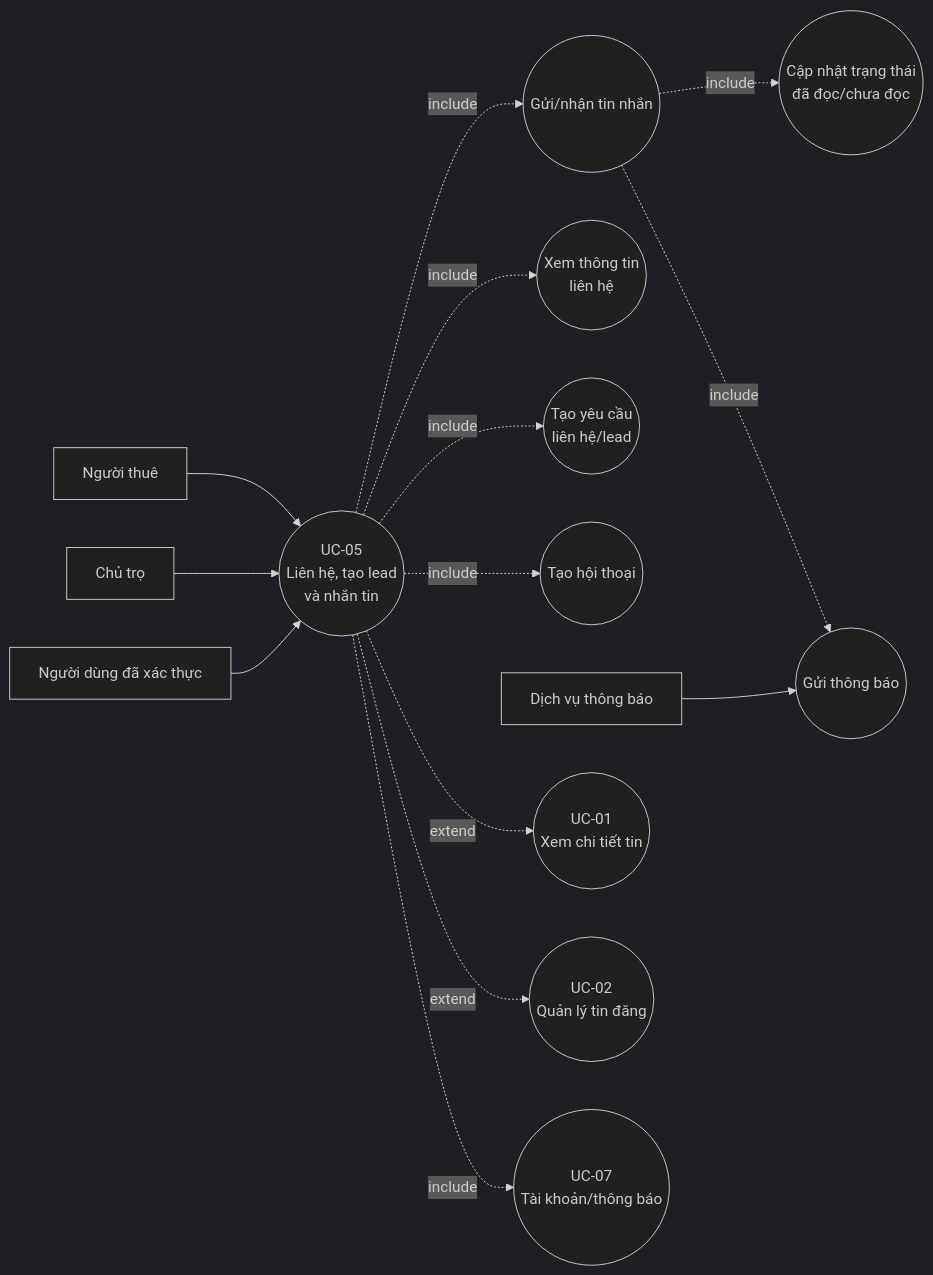
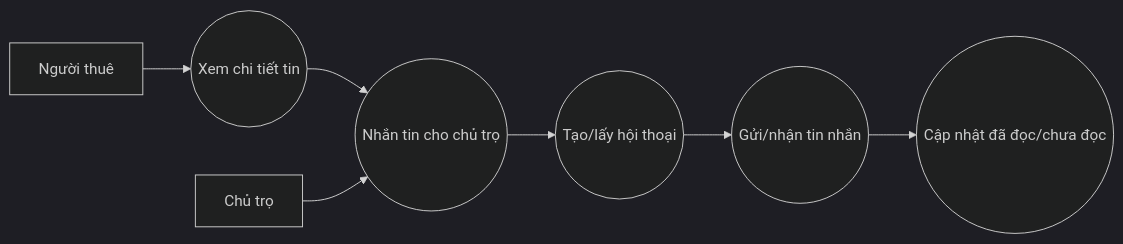
Diagram 11 of 21 in DOANTOTNGHIEP/docs/09_BAO_CAO_USECASE_HE_THONG.md (hoanxsyp/DoAnTotNghiep_Web), drawn with Mermaid (dark theme) before and after one commit. The commit also changed other lines of this file and 74 other files, not shown here.

Commit message:
fix: luồng chủ trọ

````diff
--- a/DOANTOTNGHIEP/docs/09_BAO_CAO_USECASE_HE_THONG.md
+++ b/DOANTOTNGHIEP/docs/09_BAO_CAO_USECASE_HE_THONG.md
@@ -620,32 +609,9 @@
 ```mermaid
 flowchart LR
-  Tenant["Người thuê"]
-  Landlord["Chủ trọ"]
-  Auth["Người dùng đã xác thực"]
-  Notify["Dịch vụ thông báo"]
-
-  Main(("UC-05<br/>Liên hệ, tạo lead<br/>và nhắn tin"))
-  ContactInfo(("Xem thông tin<br/>liên hệ"))
-  Lead(("Tạo yêu cầu<br/>liên hệ/lead"))
-  Conversation(("Tạo hội thoại"))
-  Message(("Gửi/nhận tin nhắn"))
-  ReadState(("Cập nhật trạng thái<br/>đã đọc/chưa đọc"))
-  NotifyUC(("Gửi thông báo"))
-  UC01(("UC-01<br/>Xem chi tiết tin"))
-  UC02(("UC-02<br/>Quản lý tin đăng"))
-  UC07(("UC-07<br/>Tài khoản/thông báo"))
-
-  Tenant --> Main
-  Landlord --> Main
-  Auth --> Main
-  Main -.->|include| ContactInfo
-  Main -.->|include| Lead
-  Main -.->|include| Conversation
-  Main -.->|include| Message
-  Message -.->|include| ReadState
-  Message -.->|include| NotifyUC
-  Notify --> NotifyUC
-  Main -.->|extend| UC01
-  Main -.->|extend| UC02
-  Main -.->|include| UC07
+  Tenant["Người thuê"] --> Detail(("Xem chi tiết tin"))
+  Detail --> Chat(("Nhắn tin cho chủ trọ"))
+  Landlord["Chủ trọ"] --> Chat
+  Chat --> Conversation(("Tạo/lấy hội thoại"))
+  Conversation --> Message(("Gửi/nhận tin nhắn"))
+  Message --> ReadState(("Cập nhật đã đọc/chưa đọc"))
 ```
````
